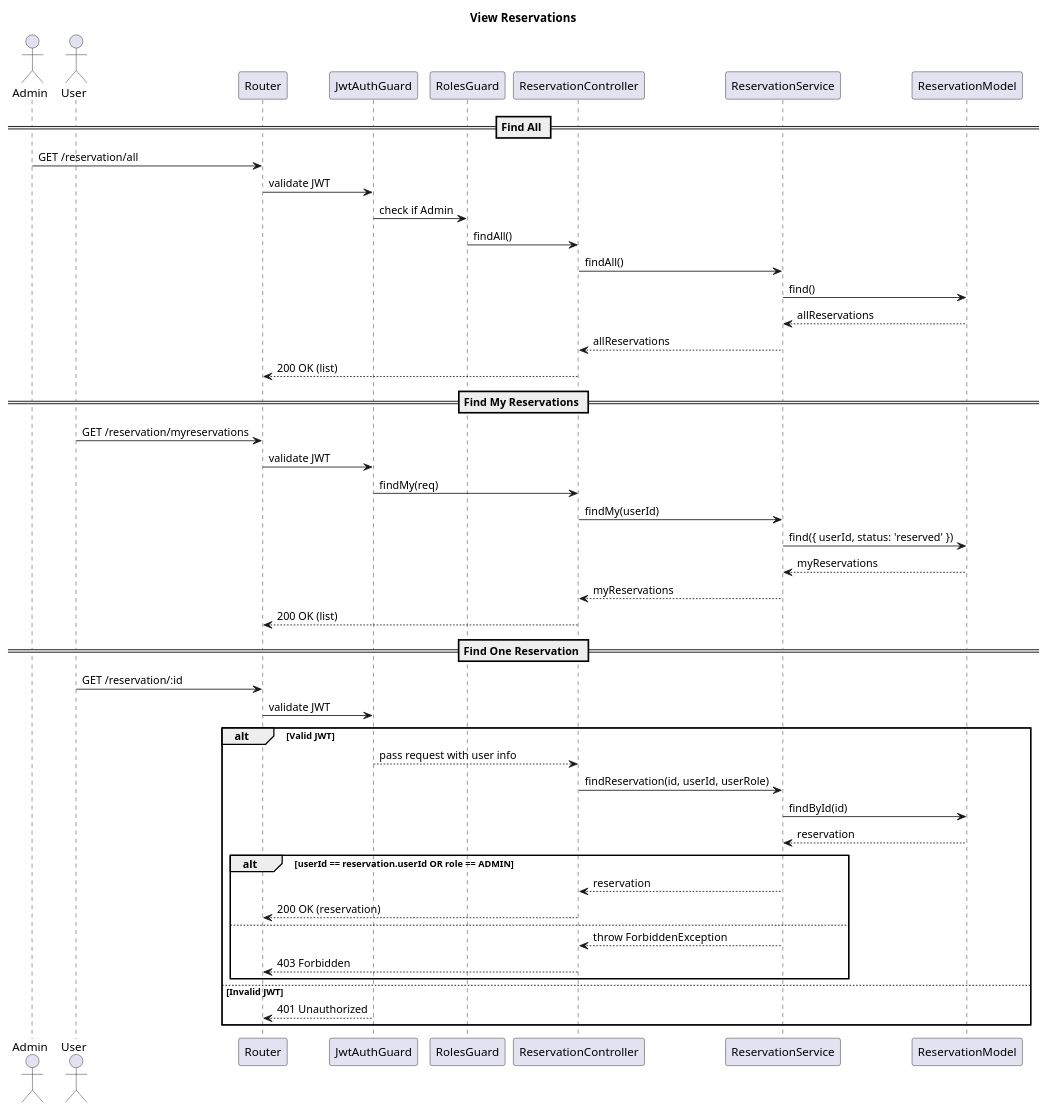
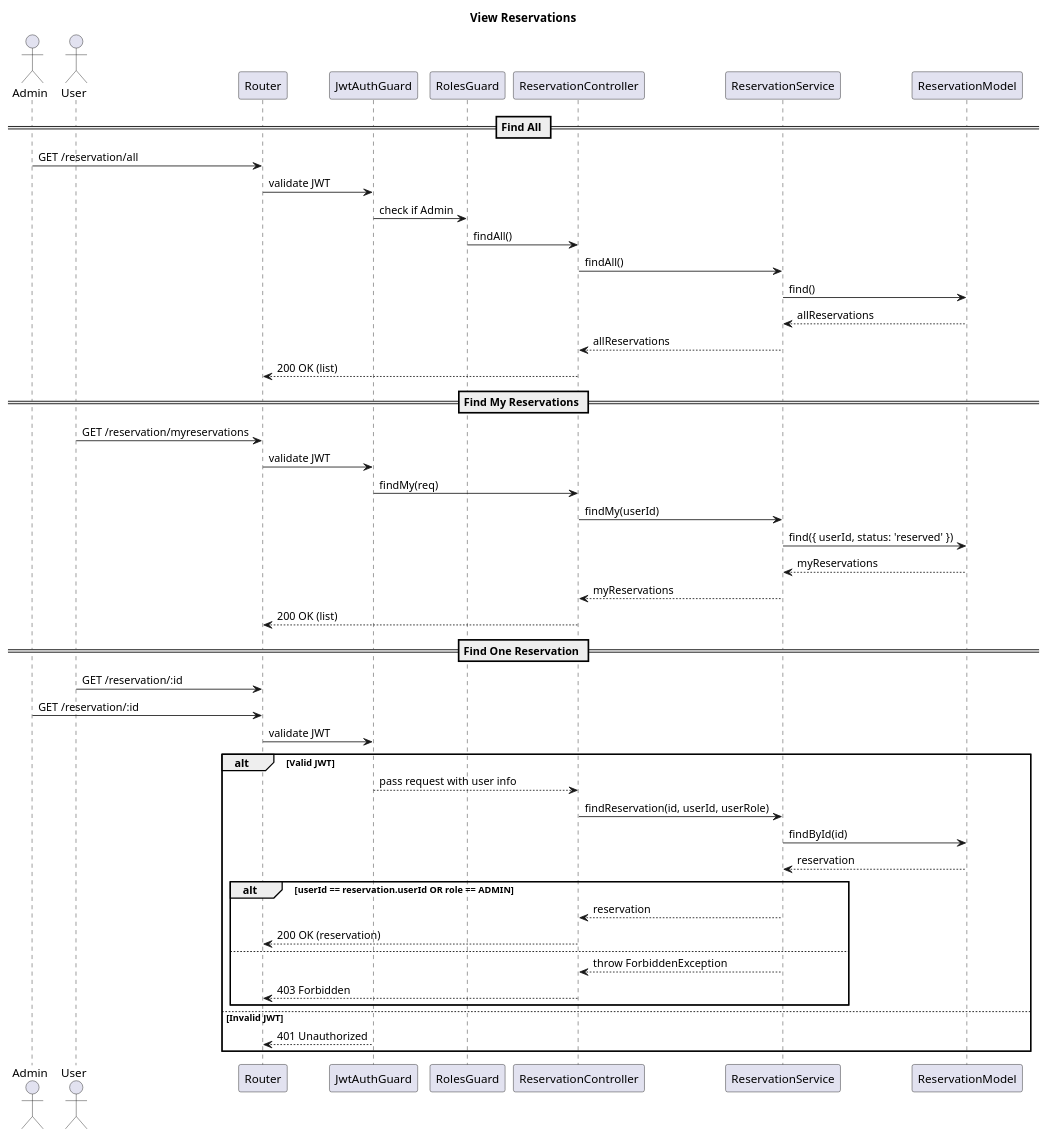
One commit to tusaunyapat/coworkingspace-reservation changed the diagram in puml/allViewReservation.puml. Above: the diagram before and after it, drawn with PlantUML. The commit also changed 5 other files, not shown here.

```diff
--- a/puml/allViewReservation.puml
+++ b/puml/allViewReservation.puml
@@ -1,57 +1,58 @@
 @startuml
 title View Reservations
 
 actor Admin
 actor User
 
 participant "Router" as Router
 participant "JwtAuthGuard" as AuthGuard
 participant "RolesGuard" as RolesGuard
 participant "ReservationController" as Controller
 participant "ReservationService" as Service
 participant "ReservationModel" as Model
 
 == Find All ==
 Admin -> Router: GET /reservation/all
 Router -> AuthGuard: validate JWT
 AuthGuard -> RolesGuard: check if Admin
 RolesGuard -> Controller: findAll()
 Controller -> Service: findAll()
 Service -> Model: find()
 Model --> Service: allReservations
 Service --> Controller: allReservations
 Controller --> Router: 200 OK (list)
 
 == Find My Reservations ==
 User -> Router: GET /reservation/myreservations
 Router -> AuthGuard: validate JWT
 AuthGuard -> Controller: findMy(req)
 Controller -> Service: findMy(userId)
 Service -> Model: find({ userId, status: 'reserved' })
 Model --> Service: myReservations
 Service --> Controller: myReservations
 Controller --> Router: 200 OK (list)
 
 == Find One Reservation ==
 User -> Router: GET /reservation/:id
+Admin -> Router: GET /reservation/:id
 Router -> AuthGuard: validate JWT
 
 alt Valid JWT
     AuthGuard --> Controller: pass request with user info
     Controller -> Service: findReservation(id, userId, userRole)
     Service -> Model: findById(id)
     Model --> Service: reservation
 
     alt userId == reservation.userId OR role == ADMIN
         Service --> Controller: reservation
         Controller --> Router: 200 OK (reservation)
     else
         Service --> Controller: throw ForbiddenException
         Controller --> Router: 403 Forbidden
     end
 
 else Invalid JWT
     AuthGuard --> Router: 401 Unauthorized
 end
 
 @enduml
```
